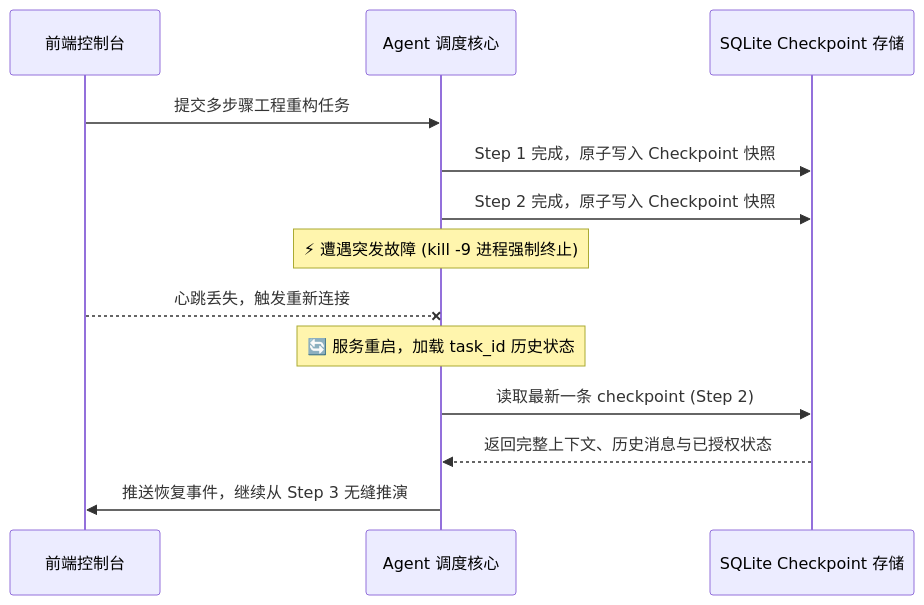
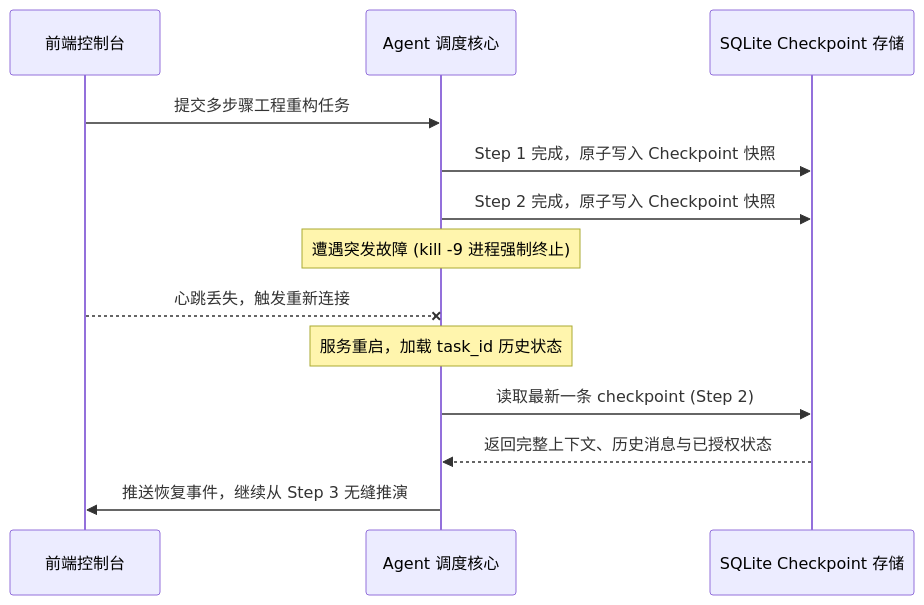
The diagram in documents/04_测试与质量保障/测试报告/03_端到端与安全对抗报告/03_系统崩溃断电续跑容灾恢复报告.md (MakinoharaShokosans/Aegis), drawn with Mermaid before and after one commit. The commit also changed other lines of this file and 97 other files, not shown here.

````diff
--- a/documents/04_测试与质量保障/测试报告/03_端到端与安全对抗报告/03_系统崩溃断电续跑容灾恢复报告.md
+++ b/documents/04_测试与质量保障/测试报告/03_端到端与安全对抗报告/03_系统崩溃断电续跑容灾恢复报告.md
@@ -10,16 +10,16 @@
 ```mermaid
 sequenceDiagram
     participant UI as 前端控制台
     participant AG as Agent 调度核心
     participant DB as SQLite Checkpoint 存储
-    
+
     UI->>AG: 提交多步骤工程重构任务
     AG->>DB: Step 1 完成，原子写入 Checkpoint 快照
     AG->>DB: Step 2 完成，原子写入 Checkpoint 快照
-    Note over AG: ⚡ 遭遇突发故障 (kill -9 进程强制终止)
+    Note over AG:  遭遇突发故障 (kill -9 进程强制终止)
     UI--xAG: 心跳丢失，触发重新连接
-    Note over AG: 🔄 服务重启，加载 task_id 历史状态
+    Note over AG:  服务重启，加载 task_id 历史状态
     AG->>DB: 读取最新一条 checkpoint (Step 2)
     DB-->>AG: 返回完整上下文、历史消息与已授权状态
     AG->>UI: 推送恢复事件，继续从 Step 3 无缝推演
 ```
````
